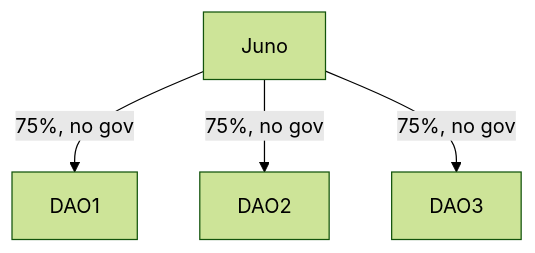
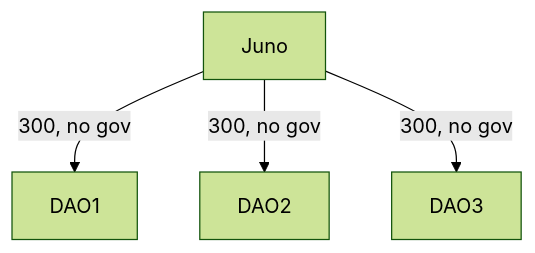
The third of 5 diagrams in docs/UseCases.md (0xVov5/mesh), drawn with Mermaid before and after one commit. The commit also changed other lines of this file and 1 other file, not shown here.

````diff
--- a/docs/UseCases.md
+++ b/docs/UseCases.md
@@ -43,7 +60,7 @@
 ```mermaid
 flowchart TD
   %%{init: {'theme': 'forest'}}%%
-  Juno -- 75%, no gov --> DAO1;
-  Juno -- 75%, no gov --> DAO2;
-  Juno -- 75%, no gov --> DAO3;
+  Juno -- 300, no gov --> DAO1;
+  Juno -- 300, no gov --> DAO2;
+  Juno -- 300, no gov --> DAO3;
 ```
````
